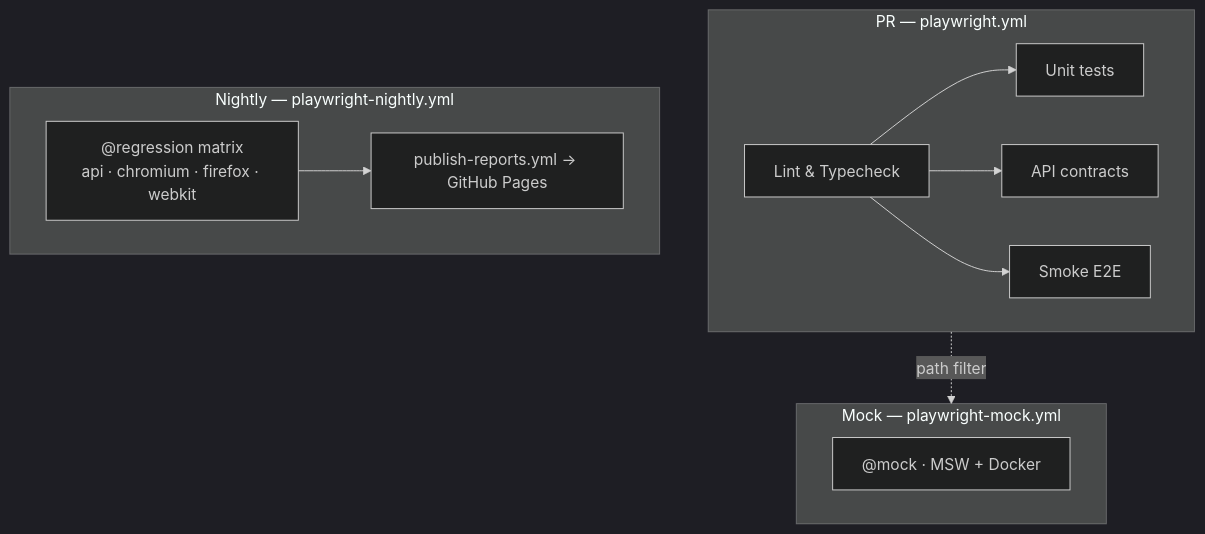
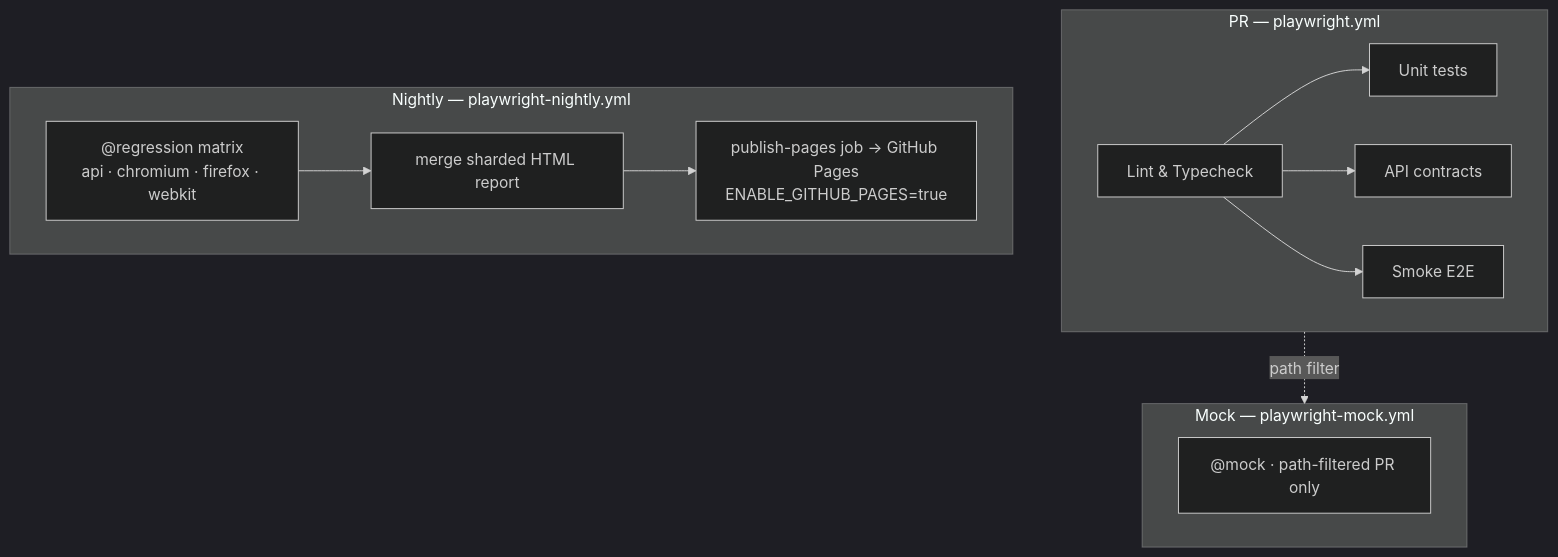
The second of 2 diagrams in README.md (hemantjanrao/playwright-learning), drawn with Mermaid (dark theme) before and after one commit. The commit also changed other lines of this file and 26 other files, not shown here.

````diff
--- a/README.md
+++ b/README.md
@@ -108,24 +108,25 @@
 ```mermaid
 flowchart TB
     subgraph PR["PR — playwright.yml"]
         Q["Lint & Typecheck"]
         U["Unit tests"]
         A["API contracts"]
         S["Smoke E2E"]
         Q --> U
         Q --> A
         Q --> S
     end
 
     subgraph NIGHTLY["Nightly — playwright-nightly.yml"]
         M["@regression matrix<br/>api · chromium · firefox · webkit"]
-        PUB["publish-reports.yml → GitHub Pages"]
-        M --> PUB
+        MERGE["merge sharded HTML report"]
+        PUB["publish-pages job → GitHub Pages<br/>ENABLE_GITHUB_PAGES=true"]
+        M --> MERGE --> PUB
     end
 
     subgraph MOCK["Mock — playwright-mock.yml"]
-        MK["@mock · MSW + Docker"]
+        MK["@mock · path-filtered PR only"]
     end
 
     PR -.->|path filter| MOCK
 ```
````
